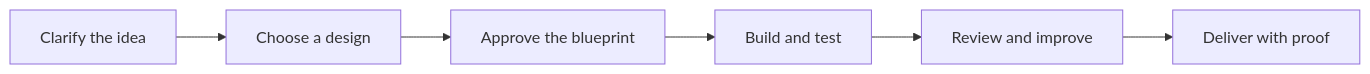
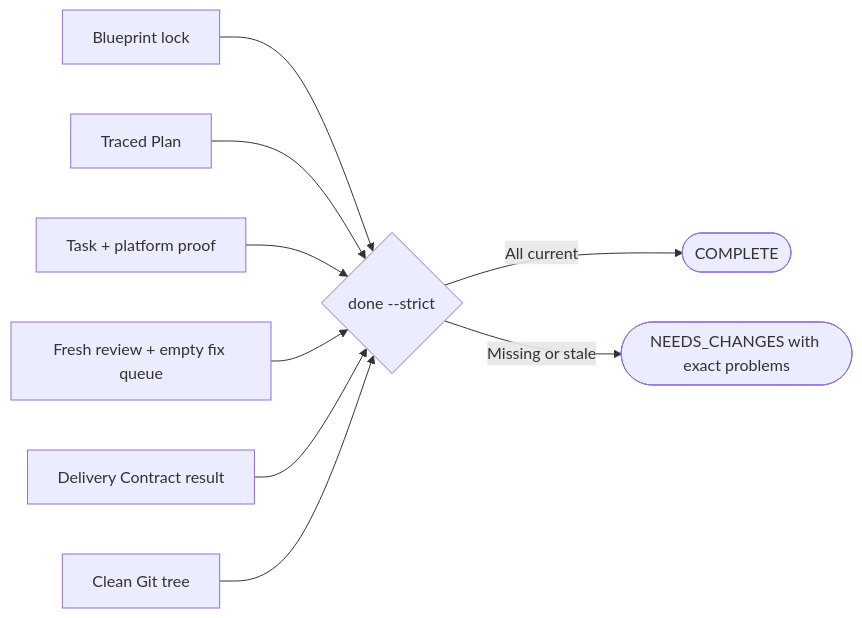
One commit to khaledayeva/star-forge changed the fourth of 4 diagrams in README.md. Above: the diagram before and after it, drawn with Mermaid. The commit also changed other lines of this file and 3 other files, not shown here.

````diff
--- a/README.md
+++ b/README.md
@@ -47,8 +247,11 @@
 ```mermaid
 flowchart LR
-    A["Clarify the idea"] --> B["Choose a design"]
-    B --> C["Approve the blueprint"]
-    C --> D["Build and test"]
-    D --> E["Review and improve"]
-    E --> F["Deliver with proof"]
+    B["Blueprint lock"] --> Strict{"done --strict"}
+    P["Traced Plan"] --> Strict
+    T["Task + platform proof"] --> Strict
+    R["Fresh review + empty fix queue"] --> Strict
+    D["Delivery Contract result"] --> Strict
+    G["Clean Git tree"] --> Strict
+    Strict -->|All current| Complete(["COMPLETE"])
+    Strict -->|Missing or stale| Changes(["NEEDS_CHANGES with exact problems"])
 ```
````
